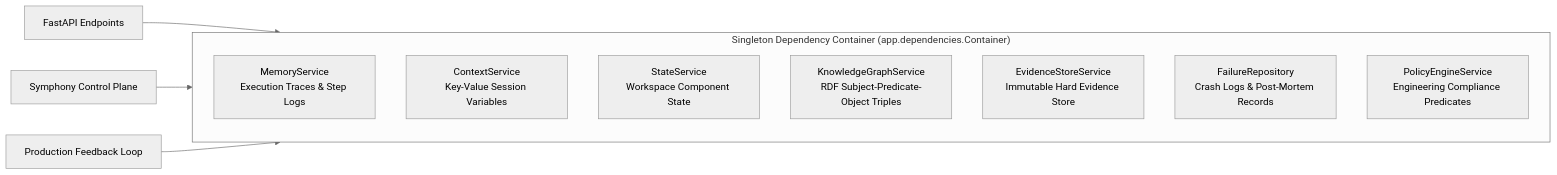
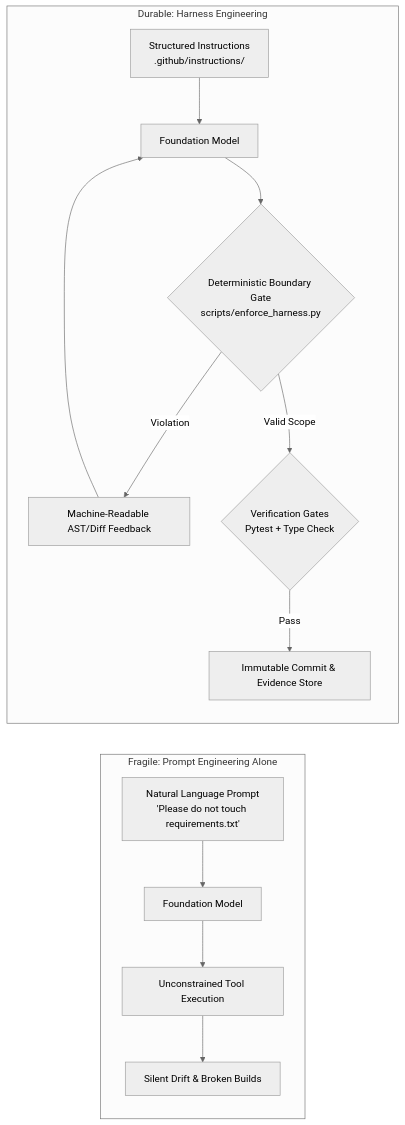
The first of 2 diagrams in README.md (jacobjerryarackal/harness-engineering), drawn with Mermaid (neutral theme) before and after one commit. The commit also changed other lines of this file and 5 other files, not shown here.

Commit message:
feat: add deterministic harness enforcement engine, pre-commit hook, and agent boundary instructions

````diff
--- a/README.md
+++ b/README.md
@@ -454,17 +49,19 @@
 ```mermaid
 flowchart LR
-    subgraph Container["Singleton Dependency Container (app.dependencies.Container)"]
+    subgraph PromptEng["Fragile: Prompt Engineering Alone"]
         direction TB
-        MS["MemoryService<br/>Execution Traces & Step Logs"]
-        CS["ContextService<br/>Key-Value Session Variables"]
-        SS["StateService<br/>Workspace Component State"]
-        KG["KnowledgeGraphService<br/>RDF Subject-Predicate-Object Triples"]
-        ES["EvidenceStoreService<br/>Immutable Hard Evidence Store"]
-        FR["FailureRepository<br/>Crash Logs & Post-Mortem Records"]
-        PE["PolicyEngineService<br/>Engineering Compliance Predicates"]
+        P1["Natural Language Prompt<br/>'Please do not touch requirements.txt'"] --> M1["Foundation Model"]
+        M1 --> A1["Unconstrained Tool Execution"]
+        A1 --> F1["Silent Drift & Broken Builds"]
     end
 
-    API["FastAPI Endpoints"] --> Container
-    Orchestrator["Symphony Control Plane"] --> Container
-    RuntimeLoop["Production Feedback Loop"] --> Container
+    subgraph HarnessEng["Durable: Harness Engineering"]
+        direction TB
+        P2["Structured Instructions<br/>.github/instructions/"] --> M2["Foundation Model"]
+        M2 --> G1{"Deterministic Boundary Gate<br/>scripts/enforce_harness.py"}
+        G1 -- Violation --> E1["Machine-Readable AST/Diff Feedback"]
+        E1 --> M2
+        G1 -- Valid Scope --> V1{"Verification Gates<br/>Pytest + Type Check"}
+        V1 -- Pass --> C1["Immutable Commit & Evidence Store"]
+    end
 ```
````
